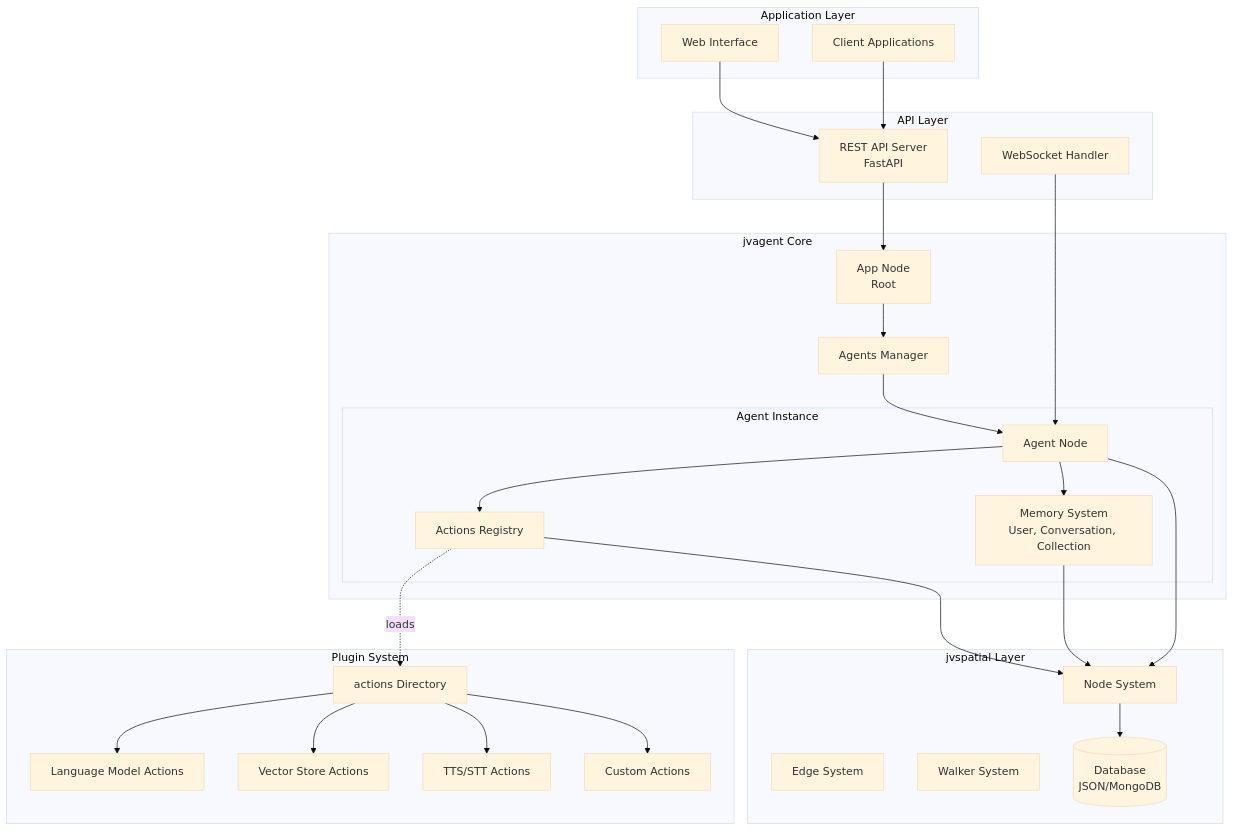
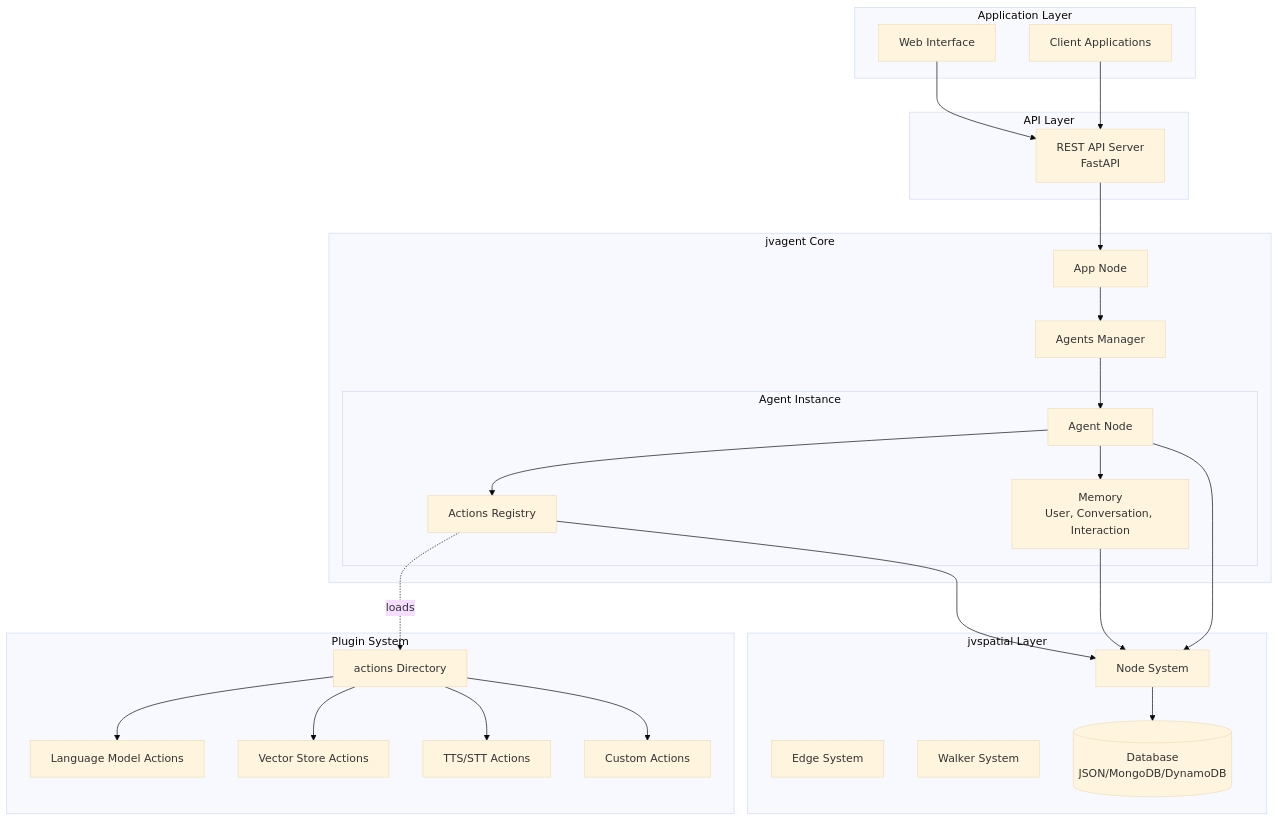
The first of 2 diagrams in README.md (TrueSelph/jvagent), drawn with Mermaid (base theme) before and after one commit. The commit also changed other lines of this file, not shown here.

````diff
--- a/README.md
+++ b/README.md
@@ -460,59 +477,57 @@
 ```mermaid
 graph TB
     subgraph "Application Layer"
         Client[Client Applications]
         WebUI[Web Interface]
     end
 
     subgraph "API Layer"
         API[REST API Server<br/>FastAPI]
-        WS[WebSocket Handler]
     end
 
     subgraph "jvagent Core"
-        App[App Node<br/>Root]
+        App[App Node]
         Agents[Agents Manager]
 
         subgraph "Agent Instance"
             Agent[Agent Node]
-            Memory[Memory System<br/>User, Conversation, Collection]
+            Memory[Memory<br/>User, Conversation, Interaction]
             Actions[Actions Registry]
         end
     end
 
     subgraph "jvspatial Layer"
         Nodes[Node System]
         Edges[Edge System]
         Walkers[Walker System]
-        DB[(Database<br/>JSON/MongoDB)]
+        DB[(Database<br/>JSON/MongoDB/DynamoDB)]
     end
 
     subgraph "Plugin System"
         PluginDir[actions Directory]
         LLM[Language Model Actions]
         VS[Vector Store Actions]
         TTS[TTS/STT Actions]
         Custom[Custom Actions]
     end
 
     Client --> API
     WebUI --> API
     API --> App
-    WS --> Agent
 
     App --> Agents
     Agents --> Agent
     Agent --> Memory
     Agent --> Actions
 
     Actions -.loads.-> PluginDir
     PluginDir --> LLM
     PluginDir --> VS
     PluginDir --> TTS
     PluginDir --> Custom
 
     Agent --> Nodes
     Memory --> Nodes
     Actions --> Nodes
     Nodes --> DB
 ```
````
